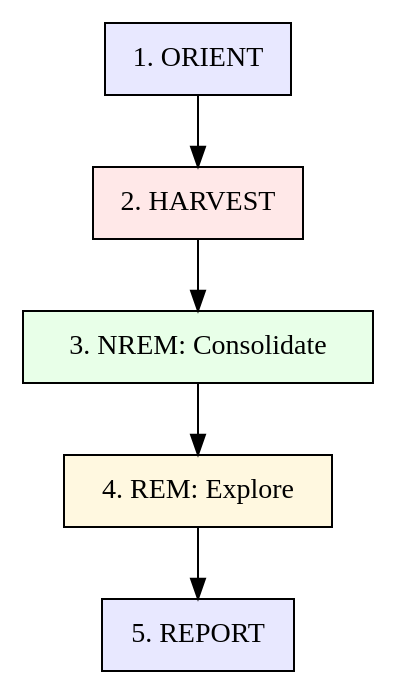
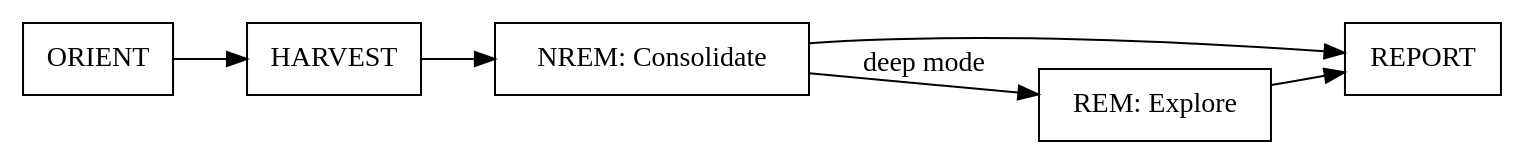
Before and after one commit to hyperb1iss/hyperskills: the diagram in skills/dream/SKILL.md, drawn with Graphviz. The commit also changed other lines of this file and 1 other file, not shown here.

````diff
--- a/skills/dream/SKILL.md
+++ b/skills/dream/SKILL.md
@@ -16,17 +16,10 @@
 ```dot
 digraph dream {
-    rankdir=TB;
+    rankdir=LR;
     node [shape=box];
 
-    "1. ORIENT" [style=filled, fillcolor="#e8e8ff"];
-    "2. HARVEST" [style=filled, fillcolor="#ffe8e8"];
-    "3. NREM: Consolidate" [style=filled, fillcolor="#e8ffe8"];
-    "4. REM: Explore" [style=filled, fillcolor="#fff8e0"];
-    "5. REPORT" [style=filled, fillcolor="#e8e8ff"];
-
-    "1. ORIENT" -> "2. HARVEST";
-    "2. HARVEST" -> "3. NREM: Consolidate";
-    "3. NREM: Consolidate" -> "4. REM: Explore";
-    "4. REM: Explore" -> "5. REPORT";
+    "ORIENT" -> "HARVEST" -> "NREM: Consolidate" -> "REPORT";
+    "NREM: Consolidate" -> "REM: Explore" [label="deep mode"];
+    "REM: Explore" -> "REPORT";
 }
 ```
````
